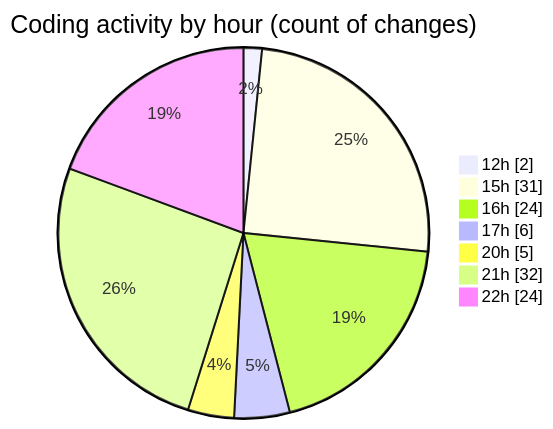
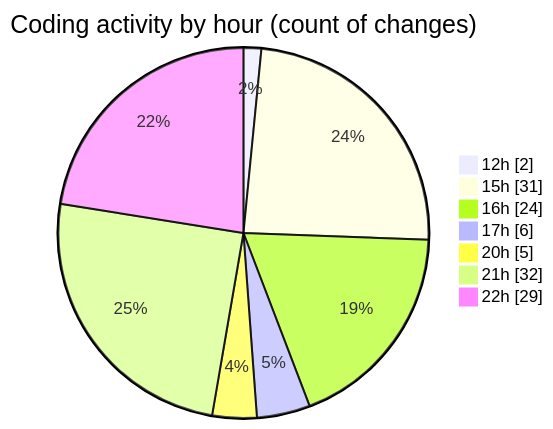
The second of 2 diagrams in 2025-02-26/cda/README.md (momahboobian/code-tracking), drawn with Mermaid before and after one commit. The commit also changed other lines of this file and 1 other file, not shown here.

````diff
--- a/2025-02-26/cda/README.md
+++ b/2025-02-26/cda/README.md
@@ -48,11 +48,11 @@
 ```mermaid
 pie showData
 title Coding activity by hour (count of changes)
 "12h" : 2
 "15h" : 31
 "16h" : 24
 "17h" : 6
 "20h" : 5
 "21h" : 32
-"22h" : 24
+"22h" : 29
 ```
````
